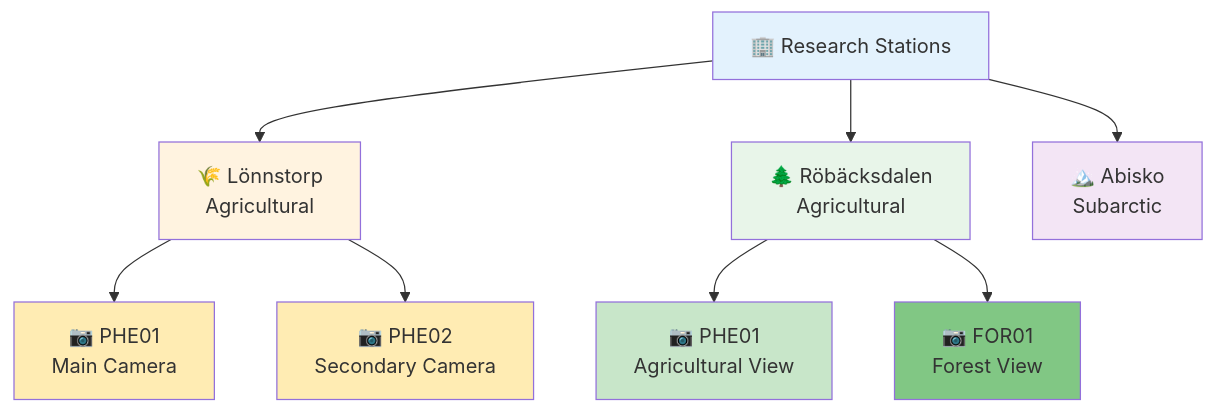
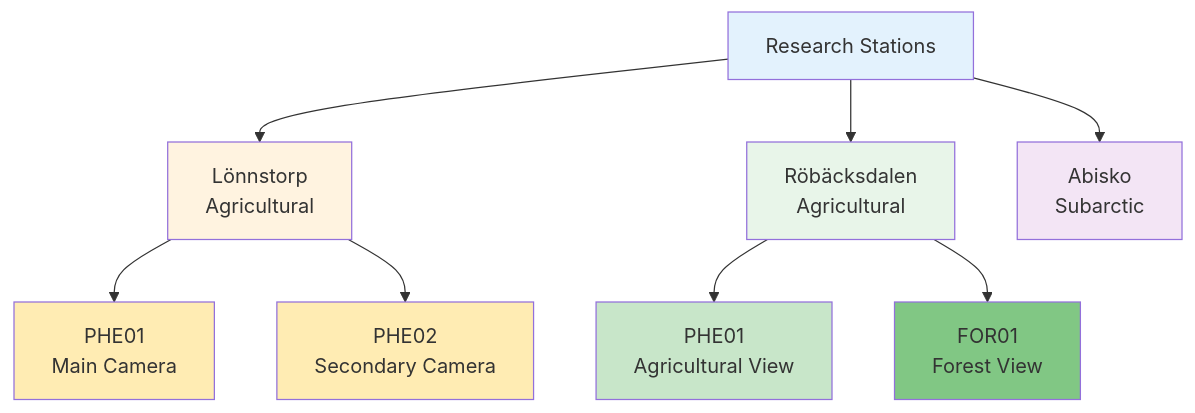
The fifth of 5 diagrams in docs/workflow_overview.md (SITES-spectral/phenocai), drawn with Mermaid before and after one commit. The commit also changed other lines of this file and 22 other files, not shown here.

````diff
--- a/docs/workflow_overview.md
+++ b/docs/workflow_overview.md
@@ -88,21 +90,21 @@
 ```mermaid
 graph TD
-    A[🏢 Research Stations] --> B[🌾 Lönnstorp<br/>Agricultural]
-    A --> C[🌲 Röbäcksdalen<br/>Agricultural]
-    A --> D[🏔️ Abisko<br/>Subarctic]
+    A[Research Stations] --> B[Lönnstorp<br/>Agricultural]
+    A --> C[Röbäcksdalen<br/>Agricultural]
+    A --> D[Abisko<br/>Subarctic]
     
-    B --> E[📷 PHE01<br/>Main Camera]
-    B --> F[📷 PHE02<br/>Secondary Camera]
+    B --> E[PHE01<br/>Main Camera]
+    B --> F[PHE02<br/>Secondary Camera]
     
-    C --> G[📷 PHE01<br/>Agricultural View]
-    C --> H[📷 FOR01<br/>Forest View]
+    C --> G[PHE01<br/>Agricultural View]
+    C --> H[FOR01<br/>Forest View]
     
     style A fill:#e3f2fd
     style B fill:#fff3e0
     style C fill:#e8f5e9
     style D fill:#f3e5f5
     style E fill:#ffecb3
     style F fill:#ffecb3
     style G fill:#c8e6c9
     style H fill:#81c784
 ```
````
